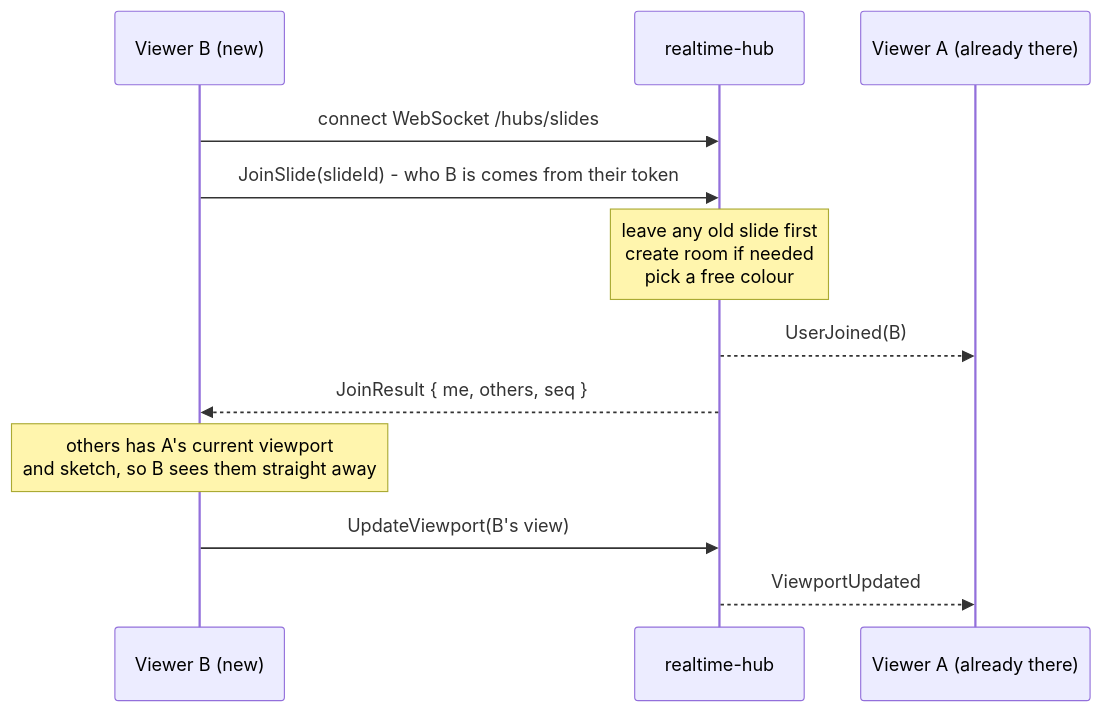
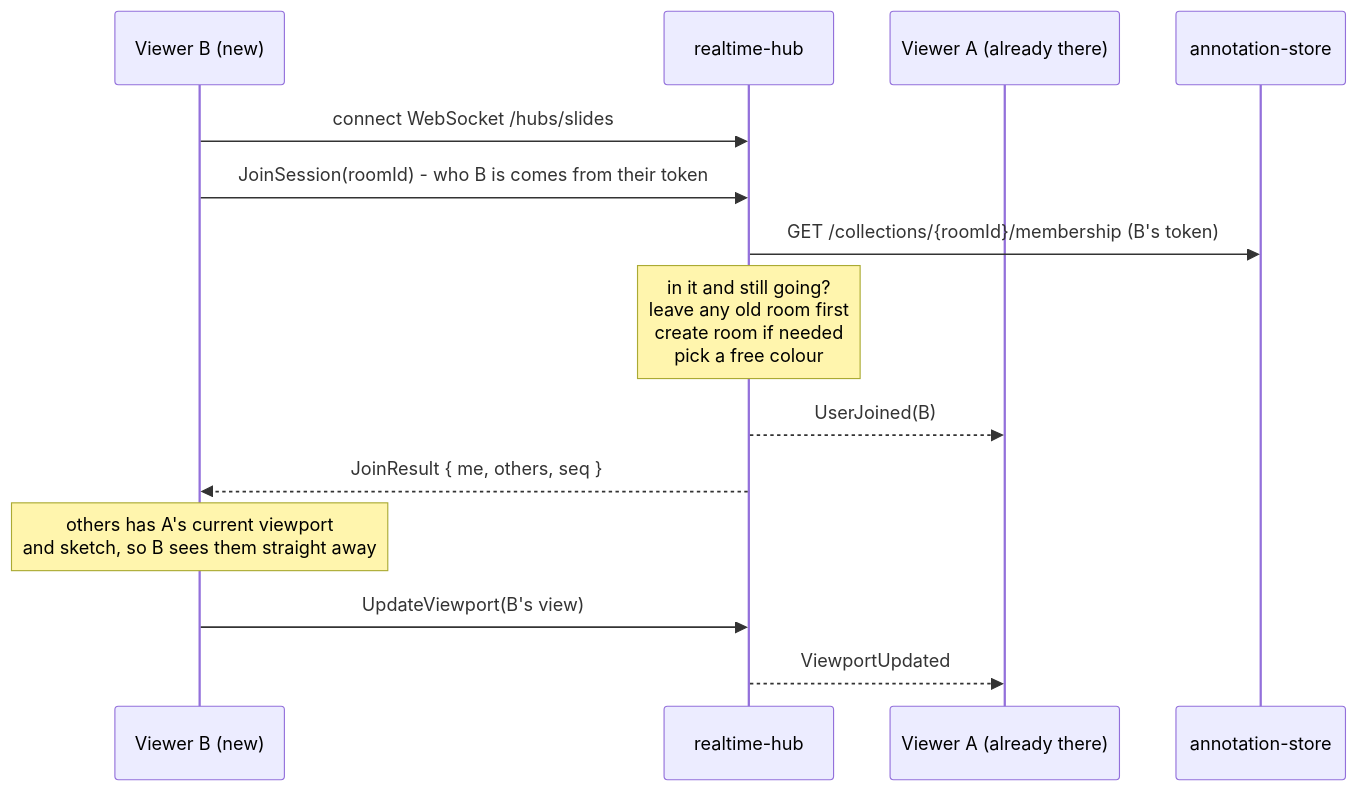
Before and after one commit to ewanhmack05/Diss-Project: the second of 5 diagrams in docs/breakdown/realtime-hub.md, drawn with Mermaid. The commit also changed other lines of this file and 40 other files, not shown here.

````diff
--- a/docs/breakdown/realtime-hub.md
+++ b/docs/breakdown/realtime-hub.md
@@ -155,14 +159,16 @@
 ```mermaid
 sequenceDiagram
   participant B as Viewer B (new)
   participant H as realtime-hub
   participant A as Viewer A (already there)
+  participant S as annotation-store
   B->>H: connect WebSocket /hubs/slides
-  B->>H: JoinSlide(slideId) - who B is comes from their token
-  Note over H: leave any old slide first<br/>create room if needed<br/>pick a free colour
+  B->>H: JoinSession(roomId) - who B is comes from their token
+  H->>S: GET /collections/{roomId}/membership (B's token)
+  Note over H: in it and still going?<br/>leave any old room first<br/>create room if needed<br/>pick a free colour
   H-->>A: UserJoined(B)
   H-->>B: JoinResult { me, others, seq }
   Note over B: others has A's current viewport<br/>and sketch, so B sees them straight away
   B->>H: UpdateViewport(B's view)
   H-->>A: ViewportUpdated
 ```
````
